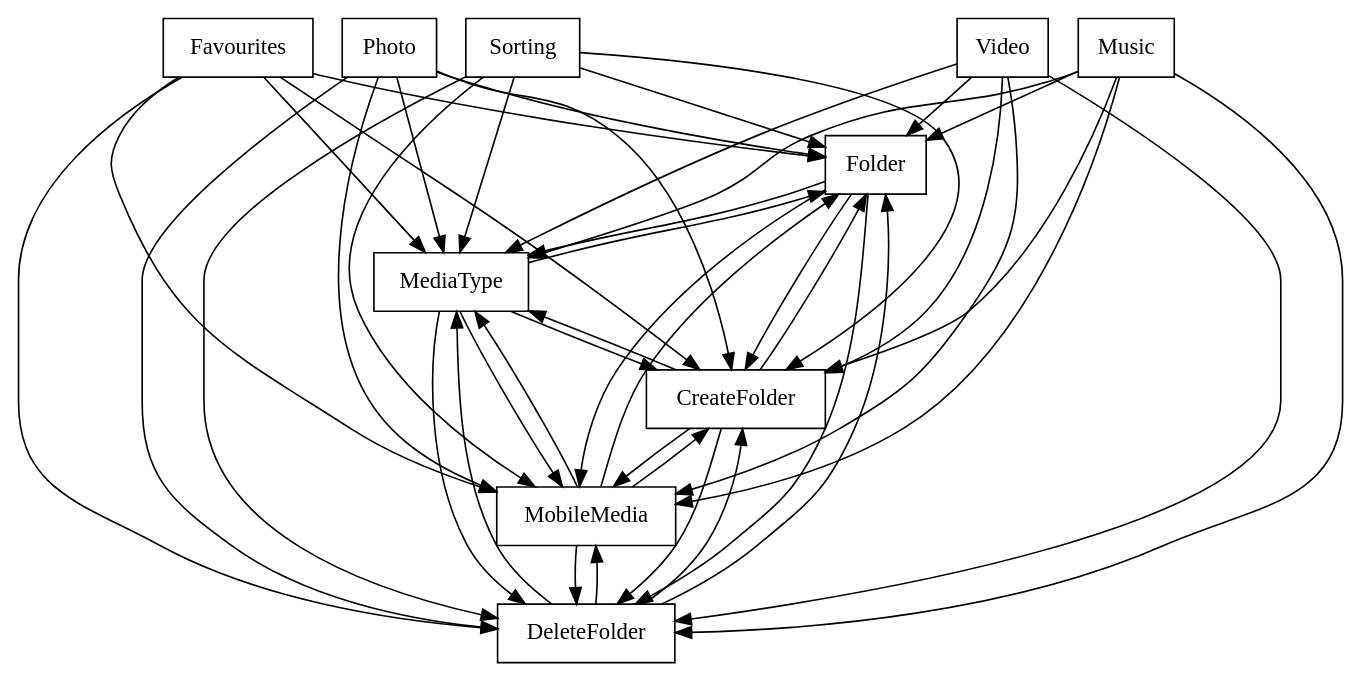
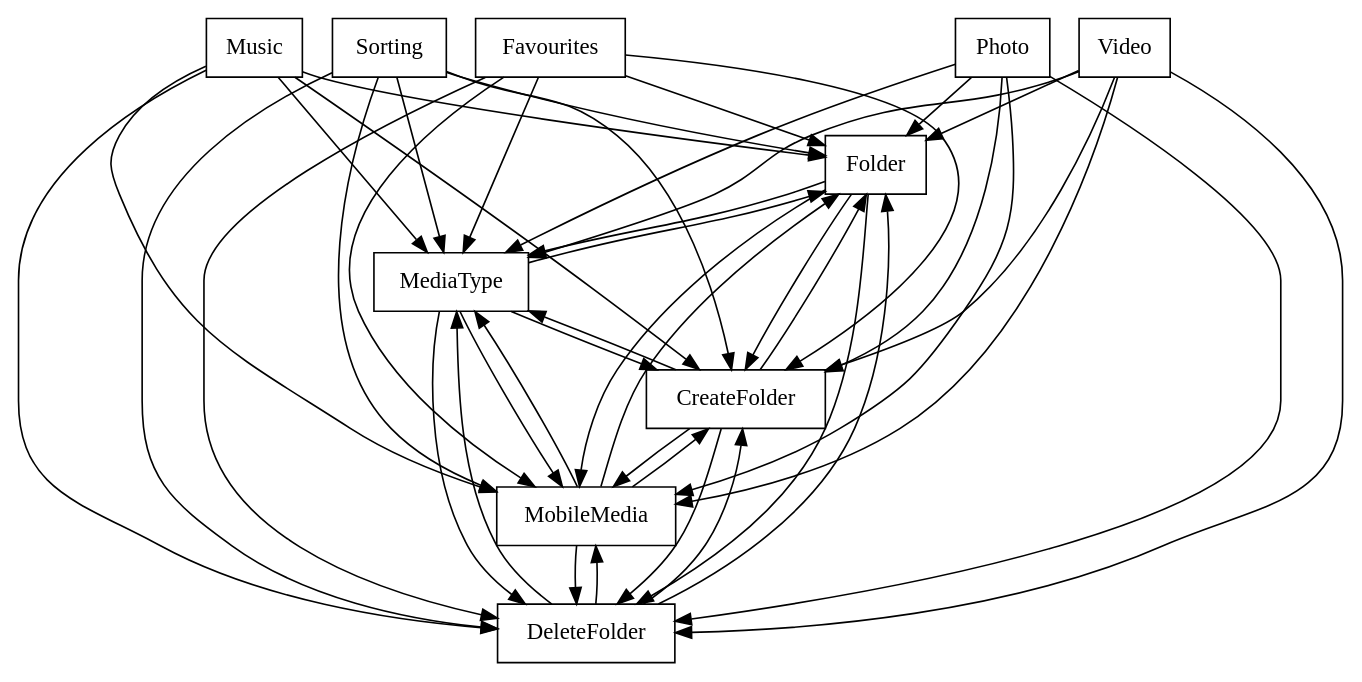
The diagram in FAMILIAR/output/SPLOT-big/fm_138_model_20120202_1596034358.xml.dot (FAMILIAR-project/familiar-language), drawn with Graphviz before and after one commit. The commit also changed 172 other files, not shown here.

```diff
--- a/FAMILIAR/output/SPLOT-big/fm_138_model_20120202_1596034358.xml.dot
+++ b/FAMILIAR/output/SPLOT-big/fm_138_model_20120202_1596034358.xml.dot
@@ -1,60 +1,60 @@
 digraph{
 graph [rankdir=TB];
 node [shape=box];
 edge [arrowhead=normal];
 0[label="Folder",]
 1[label="Sorting",]
-2[label="MediaType",]
-3[label="Favourites",]
+2[label="Favourites",]
+3[label="MediaType",]
 4[label="DeleteFolder",]
 5[label="MobileMedia",]
 6[label="CreateFolder",]
 7[label="Music",]
 8[label="Photo",]
 9[label="Video",]
-0->2[label="",]
+0->3[label="",]
 0->4[label="",]
 0->5[label="",]
 0->6[label="",]
 1->0[label="",]
-1->2[label="",]
+1->3[label="",]
 1->4[label="",]
 1->5[label="",]
 1->6[label="",]
 2->0[label="",]
+2->3[label="",]
 2->4[label="",]
 2->5[label="",]
 2->6[label="",]
 3->0[label="",]
-3->2[label="",]
 3->4[label="",]
 3->5[label="",]
 3->6[label="",]
 4->0[label="",]
-4->2[label="",]
+4->3[label="",]
 4->5[label="",]
 4->6[label="",]
 5->0[label="",]
-5->2[label="",]
+5->3[label="",]
 5->4[label="",]
 5->6[label="",]
 6->0[label="",]
-6->2[label="",]
+6->3[label="",]
 6->4[label="",]
 6->5[label="",]
 7->0[label="",]
-7->2[label="",]
+7->3[label="",]
 7->4[label="",]
 7->5[label="",]
 7->6[label="",]
 8->0[label="",]
-8->2[label="",]
+8->3[label="",]
 8->4[label="",]
 8->5[label="",]
 8->6[label="",]
 9->0[label="",]
-9->2[label="",]
+9->3[label="",]
 9->4[label="",]
 9->5[label="",]
 9->6[label="",]
 }
```
